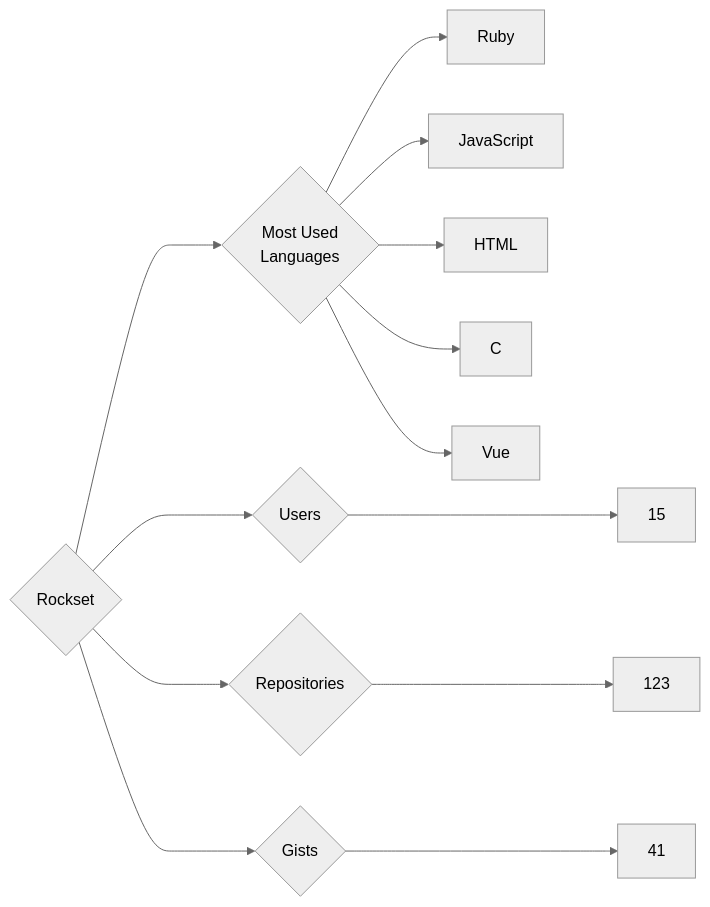
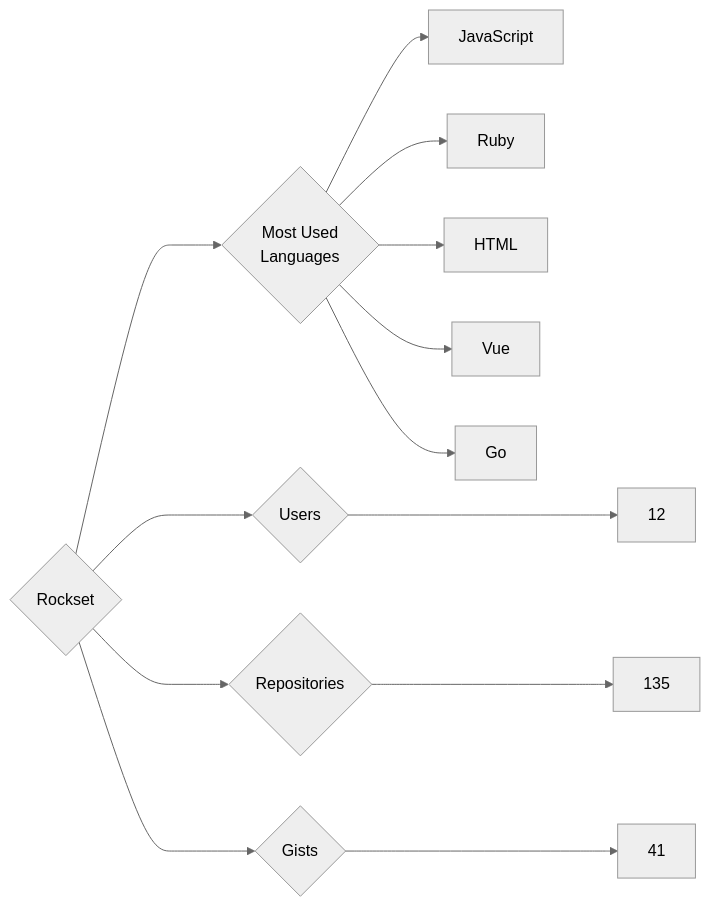
The diagram in targets/Rockset/README.md (trickest/insiders), drawn with Mermaid (neutral theme) before and after one commit. The commit also changed 770 other files, not shown here.

````diff
--- a/targets/Rockset/README.md
+++ b/targets/Rockset/README.md
@@ -3,13 +3,13 @@
 ```mermaid
 graph LR
 COMPANY_NAME{Rockset}
-COMPANY_NAME ---> U{Users} ---> UN[15]
-COMPANY_NAME ---> R{Repositories} ---> RN[123]
+COMPANY_NAME ---> U{Users} ---> UN[12]
+COMPANY_NAME ---> R{Repositories} ---> RN[135]
 COMPANY_NAME ---> G{Gists} ---> GN[41]
 COMPANY_NAME ---> ML{Most Used<br>Languages}
+ML --> JavaScript[JavaScript]
 ML --> Ruby[Ruby]
-ML --> JavaScript[JavaScript]
 ML --> HTML[HTML]
-ML --> C[C]
 ML --> Vue[Vue]
+ML --> Go[Go]
 ```
````
